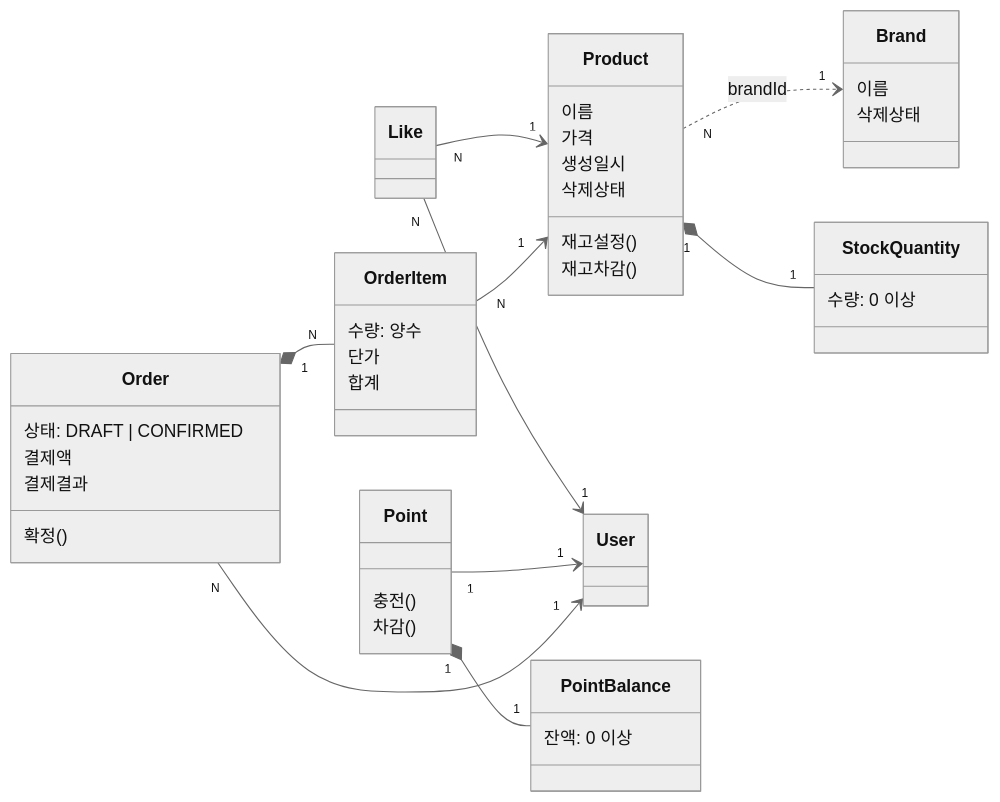
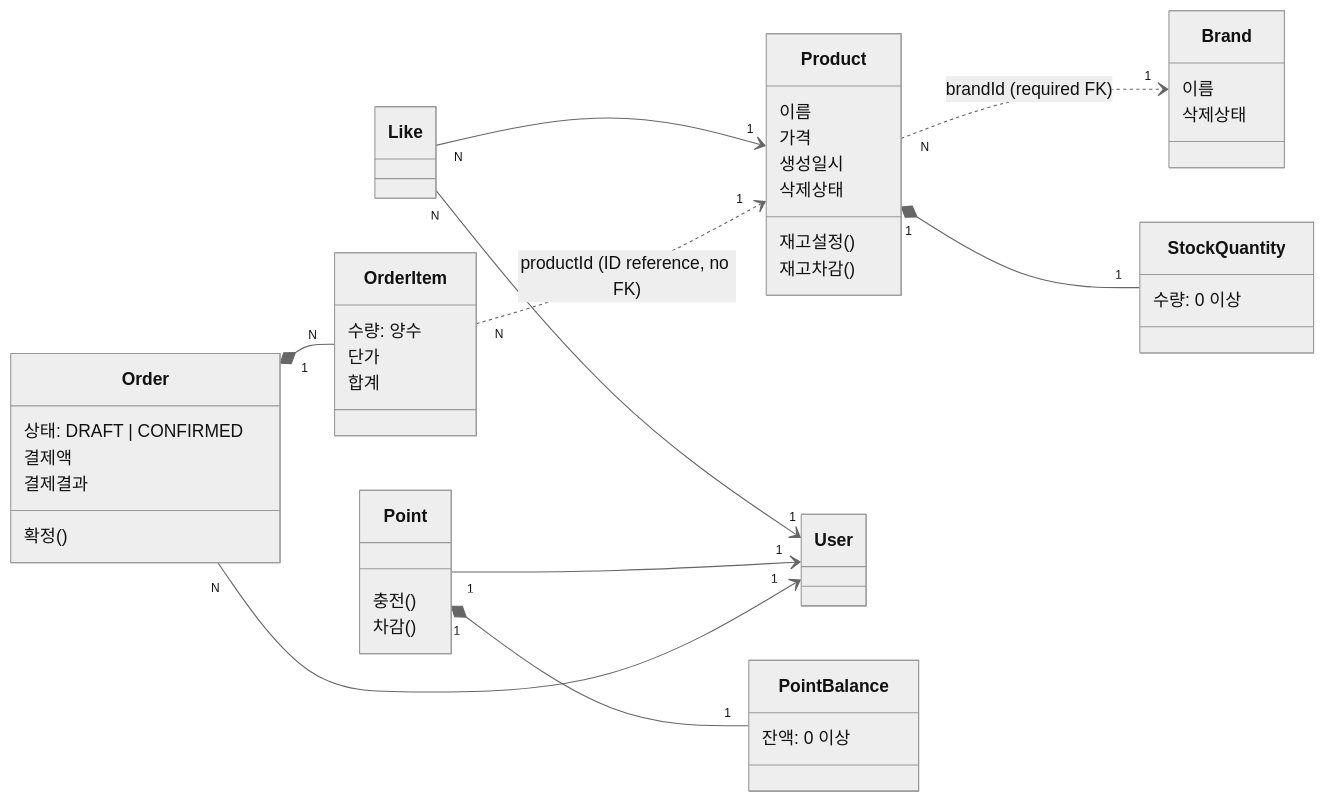
The fourth of 5 diagrams in docs/week2/commerce-api-design.md (loopers-labs/loop-pack-be-l2-vol5-java), drawn with Mermaid (neutral theme) before and after one commit. The commit also changed other lines of this file and 1 other file, not shown here.

````diff
--- a/docs/week2/commerce-api-design.md
+++ b/docs/week2/commerce-api-design.md
@@ -127,52 +127,52 @@
 ```mermaid
 classDiagram
     direction LR
 
     class Brand {
         이름
         삭제상태
     }
     class Product {
         이름
         가격
         생성일시
         삭제상태
         재고설정()
         재고차감()
     }
     class StockQuantity {
         수량: 0 이상
     }
     class User
     class Like
     class Point {
         충전()
         차감()
     }
     class PointBalance {
         잔액: 0 이상
     }
     class Order {
         상태: DRAFT | CONFIRMED
         결제액
         결제결과
         확정()
     }
     class OrderItem {
         수량: 양수
         단가
         합계
     }
 
-    Product "N" ..> "1" Brand : brandId
+    Product "N" ..> "1" Brand : brandId (required FK)
     Like "N" --> "1" User
     Like "N" --> "1" Product
 
     Product "1" *-- "1" StockQuantity
     Point "1" --> "1" User
     Point "1" *-- "1" PointBalance
 
     Order "N" --> "1" User
     Order "1" *-- "N" OrderItem
-    OrderItem "N" --> "1" Product
+    OrderItem "N" ..> "1" Product : productId (ID reference, no FK)
 ```
````
